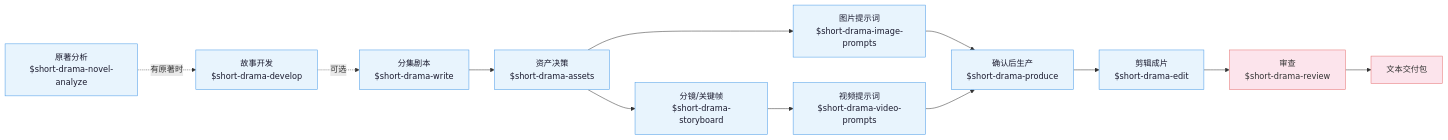
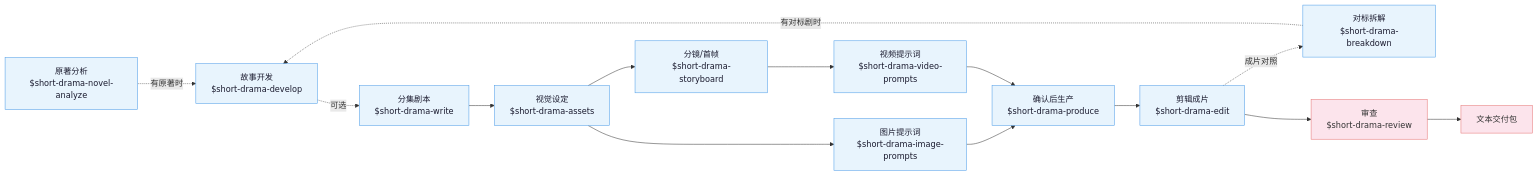
The diagram in data/readme/drama-skills.md (cherler/xiamimate-ai-atlas), drawn with Mermaid before and after one commit. The commit also changed other lines of this file and 68 other files, not shown here.

````diff
--- a/data/readme/drama-skills.md
+++ b/data/readme/drama-skills.md
@@ -226,25 +234,28 @@
 ```mermaid
 flowchart LR
     classDef phase fill:#e8f4fd,color:#1a1a2e,stroke:#4a9be8,stroke-width:1px
     classDef final fill:#fce4ec,color:#333,stroke:#e57373,stroke-width:1px
 
     nva["原著分析<br/>$short-drama-novel-analyze"]:::phase
+    brk["对标拆解<br/>$short-drama-breakdown"]:::phase
     dev["故事开发<br/>$short-drama-develop"]:::phase
     write["分集剧本<br/>$short-drama-write"]:::phase
-    assets["资产决策<br/>$short-drama-assets"]:::phase
+    assets["视觉设定<br/>$short-drama-assets"]:::phase
     img["图片提示词<br/>$short-drama-image-prompts"]:::phase
-    sb["分镜/关键帧<br/>$short-drama-storyboard"]:::phase
+    sb["分镜/首帧<br/>$short-drama-storyboard"]:::phase
     vid["视频提示词<br/>$short-drama-video-prompts"]:::phase
     prod["确认后生产<br/>$short-drama-produce"]:::phase
     cut["剪辑成片<br/>$short-drama-edit"]:::phase
     rev["审查<br/>$short-drama-review"]:::final
     pkg["文本交付包"]:::final
 
     nva -.有原著时.-> dev
+    brk -.有对标剧时.-> dev
+    cut -.成片对照.-> brk
     dev -.可选.-> write --> assets
     assets --> img
     assets --> sb --> vid
     img --> prod
     vid --> prod
     prod --> cut --> rev --> pkg
 ```
````
